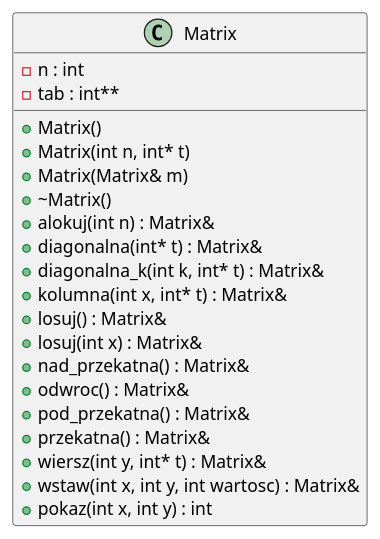
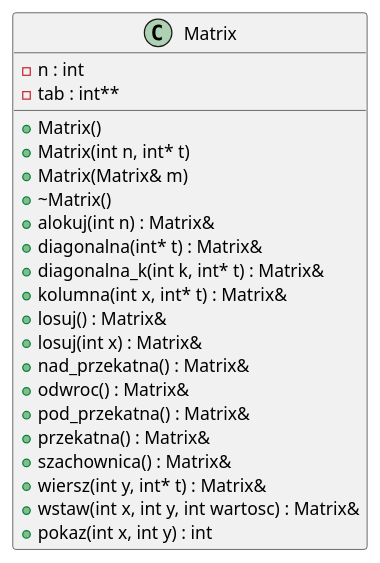
The diagram in inline_umlgraph_pnghtml.pu (kluchoo/Matrix), drawn with PlantUML before and after one commit. The commit also changed 14 other files, not shown here.

```diff
--- a/inline_umlgraph_pnghtml.pu
+++ b/inline_umlgraph_pnghtml.pu
@@ -1,24 +1,25 @@
 @startuml inline_umlgraph_1.png
 class Matrix {
 -n : int
 -tab : int**
 +Matrix()
 +Matrix(int n, int* t)
 +Matrix(Matrix& m)
 +~Matrix()
 +alokuj(int n) : Matrix&
 +diagonalna(int* t) : Matrix&
 +diagonalna_k(int k, int* t) : Matrix&
 +kolumna(int x, int* t) : Matrix&
 +losuj() : Matrix&
 +losuj(int x) : Matrix&
 +nad_przekatna() : Matrix&
 +odwroc() : Matrix&
 +pod_przekatna() : Matrix&
 +przekatna() : Matrix&
++szachownica() : Matrix&
 +wiersz(int y, int* t) : Matrix&
 +wstaw(int x, int y, int wartosc) : Matrix&
 +pokaz(int x, int y) : int
 
 }
 @enduml
```
